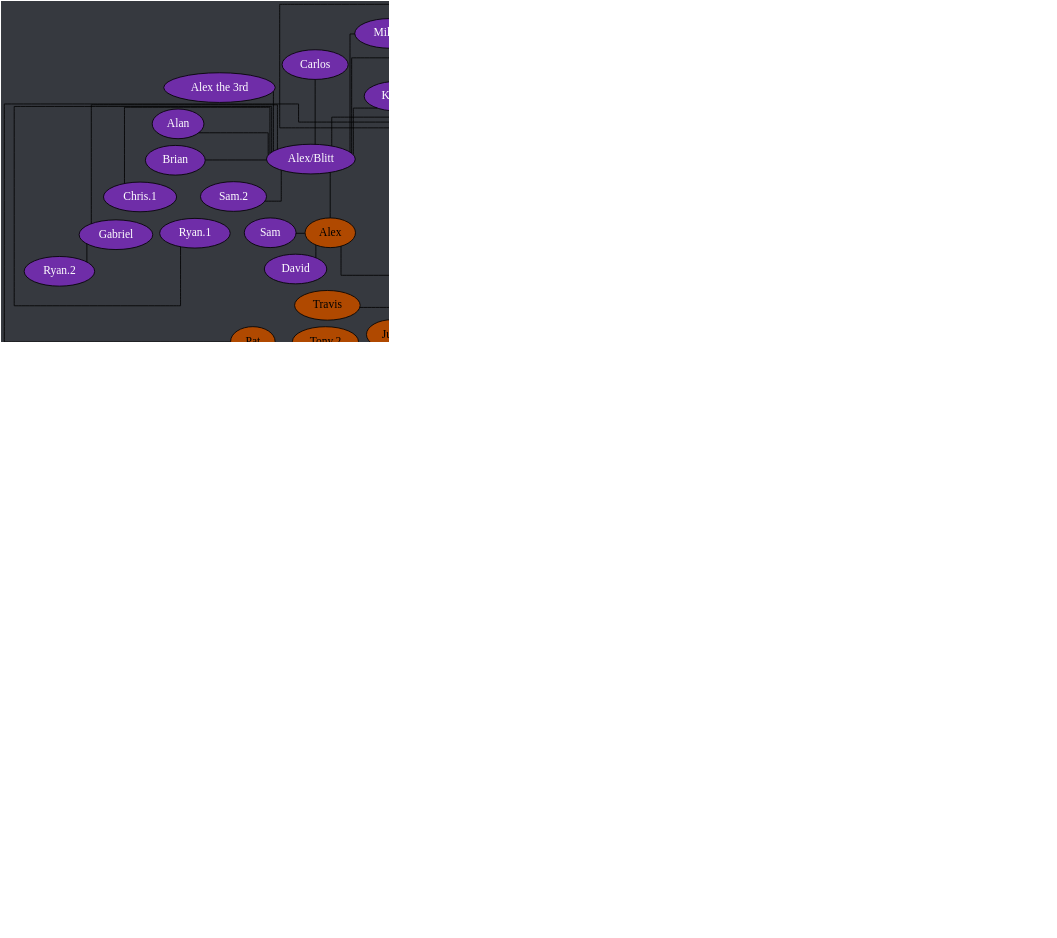
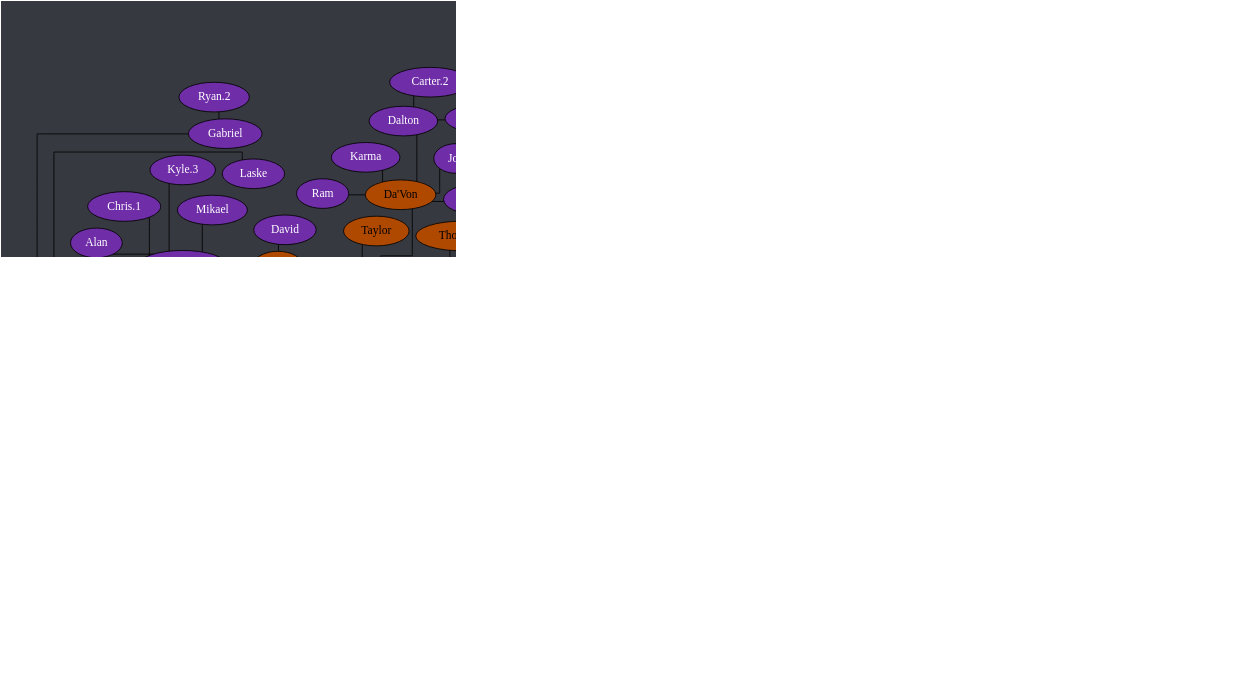
The diagram in tree.dot (Documidas/CoronaCatzFamilyTree), drawn with Graphviz before and after one commit. The commit also changed 1 other file, not shown here.

```diff
--- a/tree.dot
+++ b/tree.dot
@@ -1,197 +1,197 @@
 strict graph {
 	// Layout Configuration
 	layout = neato;
 	dpi = 200;
 	epsilon = 0.01;
 	mode = major;
 	model = subset;
 	overlap = false;
 	splines = ortho;
 	start = rand;
 
 	// Visual Configuration
 	graph [ truecolor=true bgcolor="#36393f" ];
 	node [ style=filled fillcolor="gray" fontcolor="black" ];
 
 	subgraph "Joel" {
 		node [ style=filled fillcolor="firebrick4" fontcolor="white" ];
 		Joel [ style=filled fillcolor="gold" fontcolor="black" ];
 
 		Cayla -- Ali;
 		Cayla -- Jonathan;
 		Cayla -- Kate;
 		Cayla -- Nick;
 		Cayla -- Ranger;
 		Joel -- Anders;
 		Joel -- Cayla;
 		Joel -- Conner;
 		Joel -- Jared;
 		Joel -- Kat;
 		Joel -- Patrick;
 		Joel -- Steven;
 	}
 
 	subgraph "Anders" {
 		node [ style=filled fillcolor="green4" fontcolor="white" ];
 		// Anders [ style=filled fillcolor="green4" fontcolor="white" ];
 
 		Anders -- Chiara;
 		Anders -- Cody;
 		Anders -- Cole;
 		Anders -- Daniel;
 		Anders -- Derek;
 		Anders -- DJ;
 		Anders -- Hahnur;
 		Anders -- Jen;
 		Anders -- "Matt.2";
 		Anders -- Solis;
 		Anders -- Will;
 		Anders -- Wyatt;
 		Anders -- Zach;
 		Anders -- Zack;
 	}
 
 	subgraph "Jared" {
 		node [ style=filled fillcolor="royalblue" fontcolor="black" ];
 		// Jared [ style=filled fillcolor="royalblue" fontcolor="black" ];
 
 		"Andrew.1" -- Hannah;
 		"Brian.1" -- Nebtune;
 		"Carter-1.0" -- Tom;
 		Donnie -- Bianca;
 		Donnie -- "Brian.1";
 		Donnie -- Darrock;
 		Donnie -- Rinni;
 		Donnie -- Troy;
 		Gaby -- "Chris.2";
 		Greg -- "Andrew.1";
 		Greg -- "Carter-1.0";
 		Greg -- Ina;
 		Greg -- "John Boi";
 		Greg -- Tails;
 		Greg -- Tanyon;
 		Hannah -- Raana;
 		Jared -- Brandi;
 		Jared -- Dave;
 		Jared -- Donnie;
 		Jared -- Fabi;
 		Jared -- "Jack.2";
 		Jared -- Kamon;
 		Jared -- Greg;
 		Jared -- Isabelle;
 		Jared -- Mason;
 		Jared -- "Matt.1";
 		Jared -- Mehmet;
 		Jared -- Nam;
 		Jared -- Pixie;
 		Jared -- Shannon;
 		Jared -- Spencer;
 		Jared -- Steff;
 		Jared -- Tommy;
-		Jared -- Tyler.1;
+		Jared -- "Tyler.1";
 		Jared -- "Zach/Laniakea";
 		Jared -- Zoe;
 		"John Boi" -- Hardie;
 		Tommy -- Danny;
 		Troy -- Drake;
-		Tyler.1 -- Aly;
-		Tyler.1 -- Andrey;
-		Tyler.1 -- "Bryan.2";
-		Tyler.1 -- Gaby;
-		Tyler.1 -- Tyler.2;
+		"Tyler.1" -- Aly;
+		"Tyler.1" -- Andrey;
+		"Tyler.1" -- "Bryan.2";
+		"Tyler.1" -- Gaby;
+		"Tyler.1" -- "Tyler.2";
 		Zoe -- Aiden;
 		Zoe -- Brandon;
 	}
 
 	subgraph "Zach/Laniakea" {
 		node [ style=filled fillcolor="#4eff2c" fontcolor="black" ];
 		// "Zach/Laniakea" [ style=filled fillcolor="#4eff2c" fontcolor="black" ];
 
 		"Caio.2" -- "Kyle.1";
 		"Caio.2" -- Lucas;
 		"Ryan/Des" -- Marcus;
 		"Ryan/Wenger" -- Gracie;
 		"Zach/Laniakea" -- Allen;
 		"Zach/Laniakea" -- "Caio.2";
 		"Zach/Laniakea" -- John;
 		"Zach/Laniakea" -- Logan;
 		"Zach/Laniakea" -- Kevin;
 		"Zach/Laniakea" -- "Kyle.0";
 		"Zach/Laniakea" -- Mike;
 		"Zach/Laniakea" -- "Ryan/Des";
 		"Zach/Laniakea" -- "Ryan/Wenger";
 	}
 
 	subgraph "John" {
 		node [ style=filled fillcolor="#c89b3c" fontcolor="black" ];
 		// John [ style=filled fillcolor="#c89b3c" fontcolor="black" ];
 
 		John -- Anna;
 		John -- Emily;
 		John -- Haber;
 		John -- Jay;
 		John -- "Jack.1";
 		John -- Lara;
 		John -- Monarch;
 		John -- Rakib;
 		John -- "Thomas.1";
 		Rakib -- Hazel;
 	}
 
 	subgraph "John-stream" {
 		// node [ style=filled fillcolor="#9147ff" fontcolor="black" ];
 		node [ style=filled fillcolor="#c89b3c" fontcolor="black" ];
 
 		John -- "Michael/Wheezy";
 	}
 
 	subgraph "Thomas.1" {
 		node [ style=filled fillcolor="#b04900" fontcolor="black" ];
 		// "Thomas.1" [ style=filled fillcolor="#b04900" fontcolor="black" ];
 
 		"Thomas.1" -- Ahmeed;
 		"Thomas.1" -- Alex;
 		"Thomas.1" -- Bob;
 		"Thomas.1" -- "Da'Von";
 		"Thomas.1" -- Dre;
 		"Thomas.1" -- JD;
 		"Thomas.1" -- Josh;
 		"Thomas.1" -- Juan;
 		"Thomas.1" -- Pat;
 		"Thomas.1" -- Taylor;
 		"Thomas.1" -- "Thomas.2";
 		"Thomas.1" -- "Tony.1";
 		"Thomas.1" -- "Tony.2";
 		"Thomas.1" -- Travis;
 		"Tony.1" -- Hari;
 	}
 
 	subgraph "Alex" {
 		node [ style=filled fillcolor="#6f2da8" fontcolor="white" ];
 		// Alex [ style=filled fillcolor="#6f2da8" fontcolor="black" ];
 
 		Alex -- "Alex/Blitt";
 		Alex -- David;
 		Alex -- Sam;
 		"Alex/Blitt" -- Alan;
 		"Alex/Blitt" -- "Alex the 3rd";
 		"Alex/Blitt" -- "Andrew.2";
 		"Alex/Blitt" -- Brian;
 		"Alex/Blitt" -- Carlos;
 		"Alex/Blitt" -- "Chris.1";
 		"Alex/Blitt" -- Gabriel;
 		"Alex/Blitt" -- "Kyle.3";
 		"Alex/Blitt" -- Laske;
 		"Alex/Blitt" -- Mikael;
 		"Alex/Blitt" -- "Ryan.1";
 		"Alex/Blitt" -- "Sam.2";
 		"Da'Von" -- Dalton;
 		"Da'Von" -- Jon;
 		"Da'Von" -- Karma;
 		"Da'Von" -- Ram;
 		"Da'Von" -- Zeller;
 		Dalton -- "Carter.2";
 		Dalton -- Graysen;
 		Gabriel -- "Ryan.2";
 	}
 }
```
